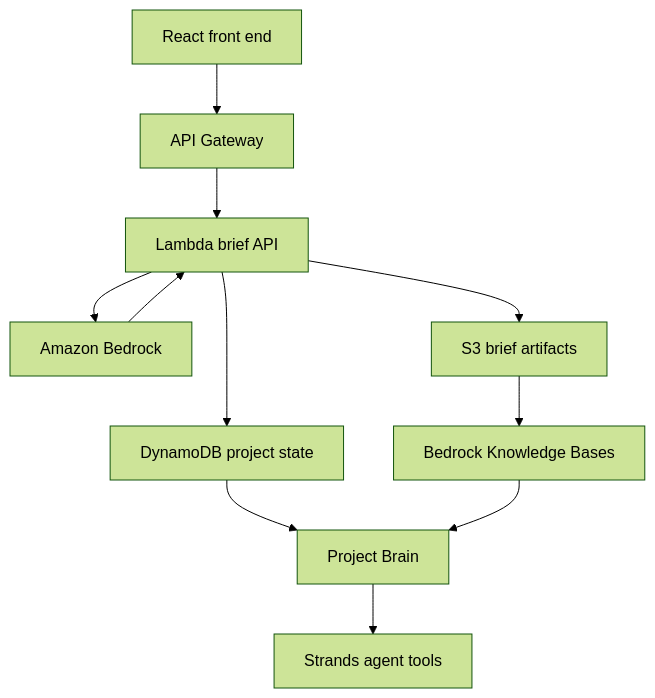
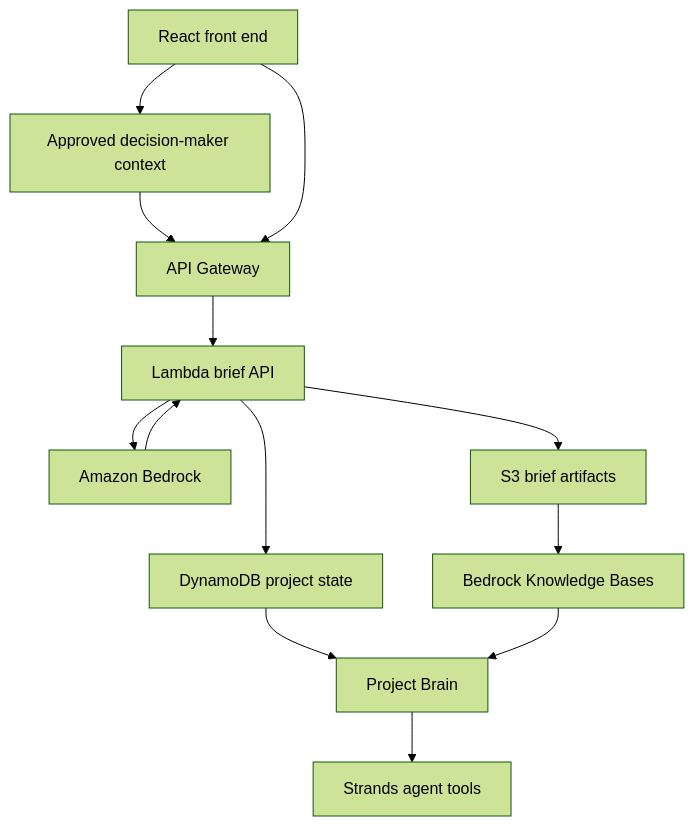
The diagram in docs/aws-architecture.md (aadams35/Pilarprep), drawn with Mermaid (forest theme) before and after one commit. The commit also changed other lines of this file and 14 other files, not shown here.

Commit message:
Add decision-maker context workflow

````diff
--- a/docs/aws-architecture.md
+++ b/docs/aws-architecture.md
@@ -5,13 +5,15 @@
 ```mermaid
 flowchart TD
-  A[React front end] --> B[API Gateway]
+  A[React front end] --> A1[Approved decision-maker context]
+  A1 --> B[API Gateway]
+  A --> B
   B --> C[Lambda brief API]
   C --> D[Amazon Bedrock]
   D --> C
   C --> E[S3 brief artifacts]
   C --> F[DynamoDB project state]
   E --> G[Bedrock Knowledge Bases]
   F --> H[Project Brain]
   G --> H
   H --> I[Strands agent tools]
 ```
````
